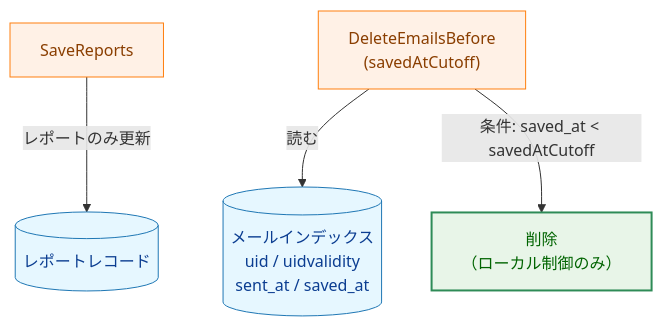
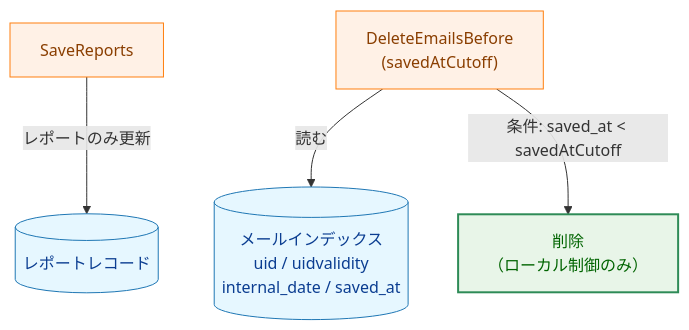
Before and after one commit to isseis/tlsrpt-digest: the third of 9 diagrams in docs/tasks/0041_store_gc_simplify/02_architecture.md, drawn with Mermaid. The commit also changed other lines of this file and 2 other files, not shown here.

````diff
--- a/docs/tasks/0041_store_gc_simplify/02_architecture.md
+++ b/docs/tasks/0041_store_gc_simplify/02_architecture.md
@@ -66,14 +65,14 @@
 ```mermaid
 flowchart TD
     classDef data fill:#e6f7ff,stroke:#1f77b4,stroke-width:1px,color:#0b3d91;
     classDef enhanced fill:#e8f5e8,stroke:#2e8b57,stroke-width:2px,color:#006400;
     classDef process fill:#fff1e6,stroke:#ff7f0e,stroke-width:1px,color:#8a3e00;
 
     SR["SaveReports"] -->|"レポートのみ更新"| RPT[("レポートレコード")]
-    DEB["DeleteEmailsBefore<br>(savedAtCutoff)"] -->|"読む"| IDX[("メールインデックス<br>uid / uidvalidity<br>sent_at / saved_at")]
+    DEB["DeleteEmailsBefore<br>(savedAtCutoff)"] -->|"読む"| IDX[("メールインデックス<br>uid / uidvalidity<br>internal_date / saved_at")]
     DEB -->|"条件: saved_at < savedAtCutoff"| DEL["削除<br>（ローカル制御のみ）"]
 
     class RPT,IDX data
     class DEL enhanced
     class SR,DEB process
 ```
````
